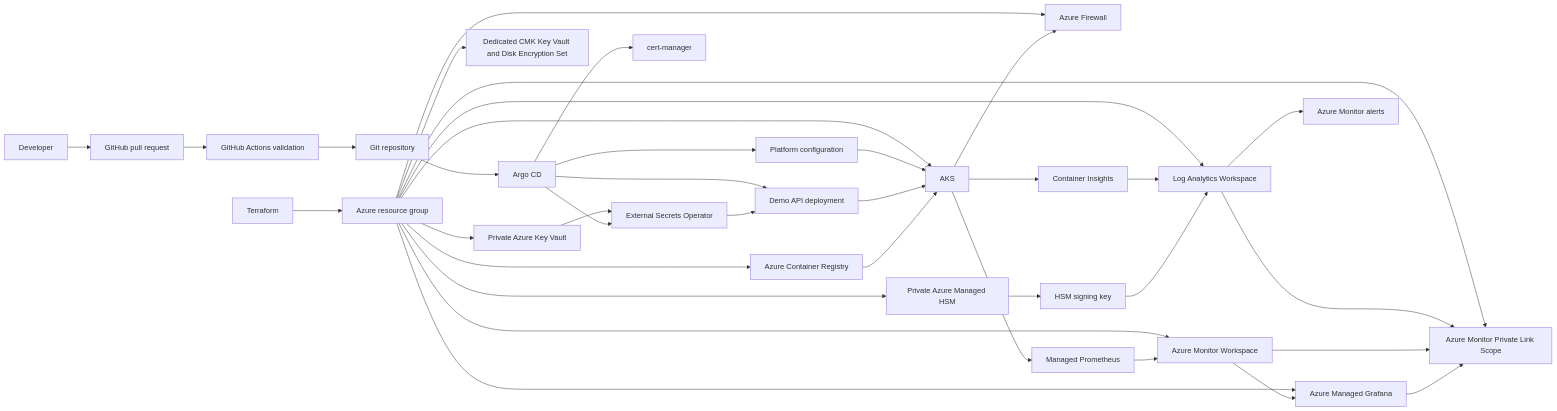
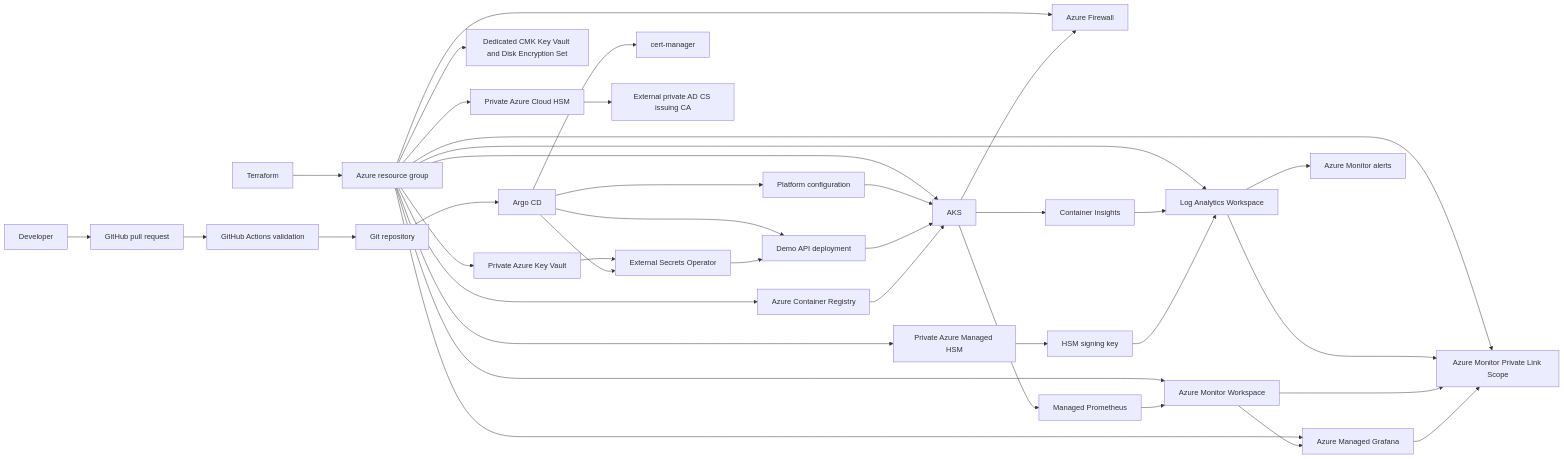
The diagram in README.md (tukue/azure-platform-gitops), drawn with Mermaid before and after one commit. The commit also changed other lines of this file and 16 other files, not shown here.

````diff
--- a/README.md
+++ b/README.md
@@ -22,42 +22,44 @@
 ```mermaid
 flowchart LR
     DEV[Developer] --> PR[GitHub pull request]
     PR --> CI[GitHub Actions validation]
     CI --> GIT[Git repository]
 
     TF[Terraform] --> AZ[Azure resource group]
     AZ --> AKS[AKS]
     AZ --> ACR[Azure Container Registry]
     AZ --> LAW[Log Analytics Workspace]
     AZ --> AMW[Azure Monitor Workspace]
     AZ --> AMG[Azure Managed Grafana]
     AZ --> KV[Private Azure Key Vault]
     AZ --> CMK[Dedicated CMK Key Vault and Disk Encryption Set]
     AZ --> HSM[Private Azure Managed HSM]
+    AZ --> CHSM[Private Azure Cloud HSM]
     AZ --> FW[Azure Firewall]
     AZ --> AMPLS[Azure Monitor Private Link Scope]
 
     GIT --> ARGO[Argo CD]
     ARGO --> PLATFORM[Platform configuration]
     ARGO --> APP[Demo API deployment]
     PLATFORM --> AKS
     APP --> AKS
     ACR --> AKS
     KV --> ESO[External Secrets Operator]
     ARGO --> ESO
     ESO --> APP
 
     AKS --> CI_LOGS[Container Insights]
     AKS --> FW
     CI_LOGS --> LAW
     AKS --> PROM[Managed Prometheus]
     PROM --> AMW
     LAW --> AMPLS
     AMW --> AMPLS
     AMG --> AMPLS
     AMW --> AMG
     LAW --> ALERTS[Azure Monitor alerts]
     ARGO --> CERT[cert-manager]
     HSM --> SIGN[HSM signing key]
     SIGN --> LAW
+    CHSM --> ICA[External private AD CS issuing CA]
 ```
````
